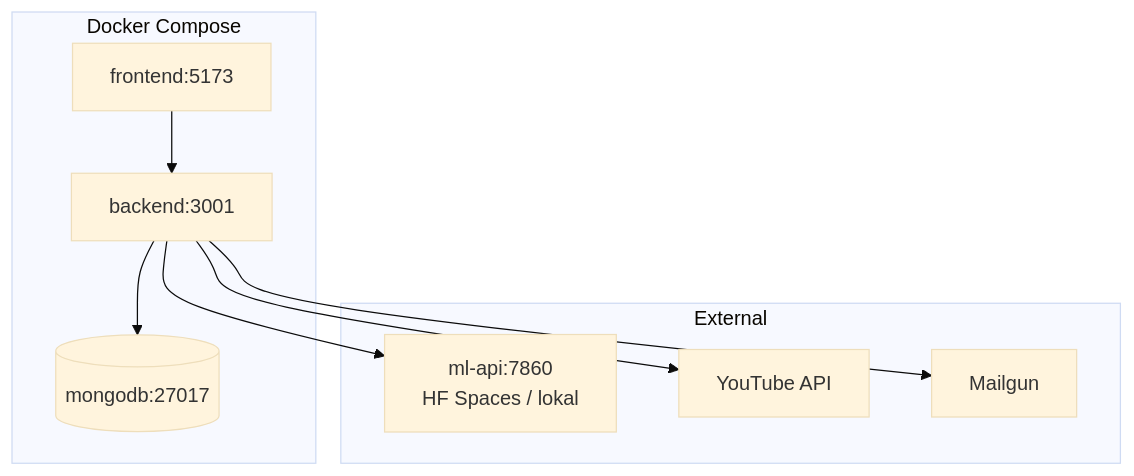
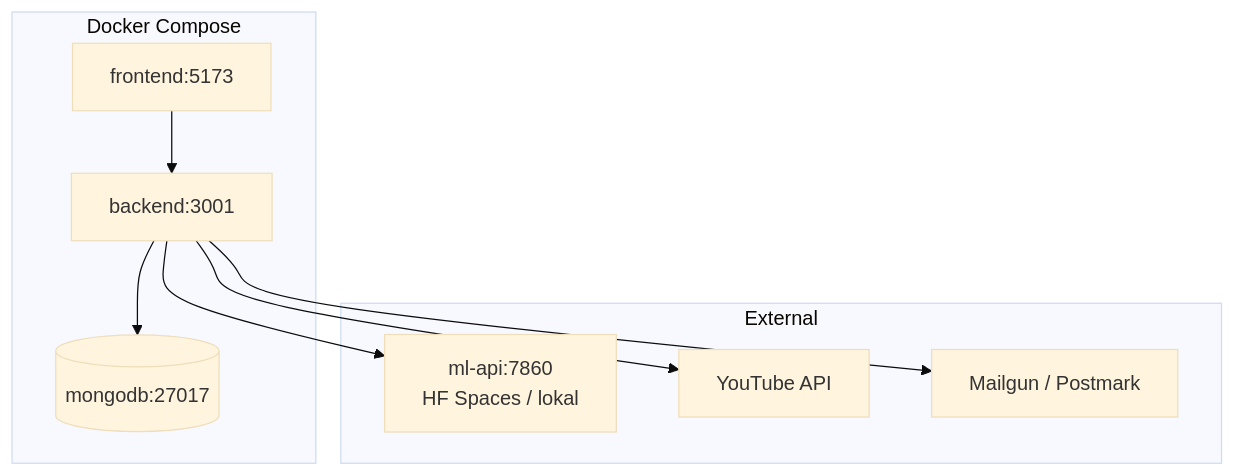
Before and after one commit to kamaldev10/judi-guard: the sixth of 6 diagrams in docs/backend/README.md, drawn with Mermaid (base theme). The commit also changed other lines of this file and 396 other files, not shown here.

````diff
--- a/docs/backend/README.md
+++ b/docs/backend/README.md
@@ -419,20 +579,20 @@
 ```mermaid
 graph TB
     subgraph Docker["Docker Compose"]
         FE[frontend:5173]
         BE[backend:3001]
         DB[(mongodb:27017)]
     end
 
     subgraph External
         ML[ml-api:7860<br/>HF Spaces / lokal]
         YT[YouTube API]
-        MG[Mailgun]
+        MG[Mailgun / Postmark]
     end
 
     FE --> BE
     BE --> DB
     BE --> ML
     BE --> YT
     BE --> MG
 ```
````
